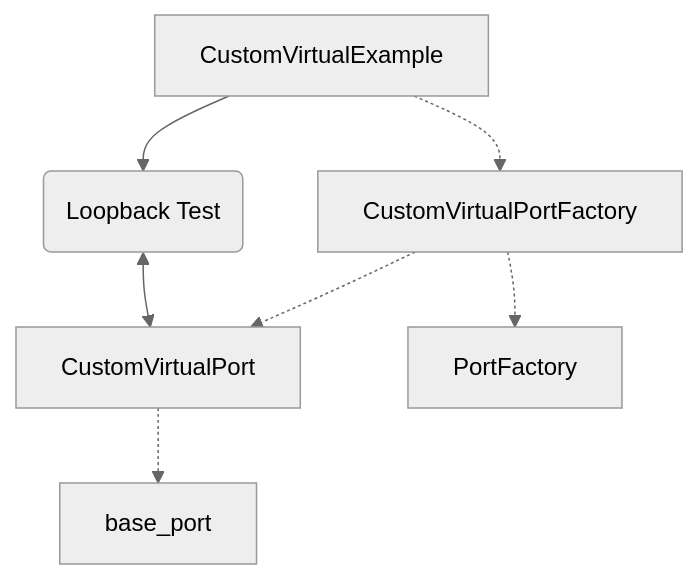
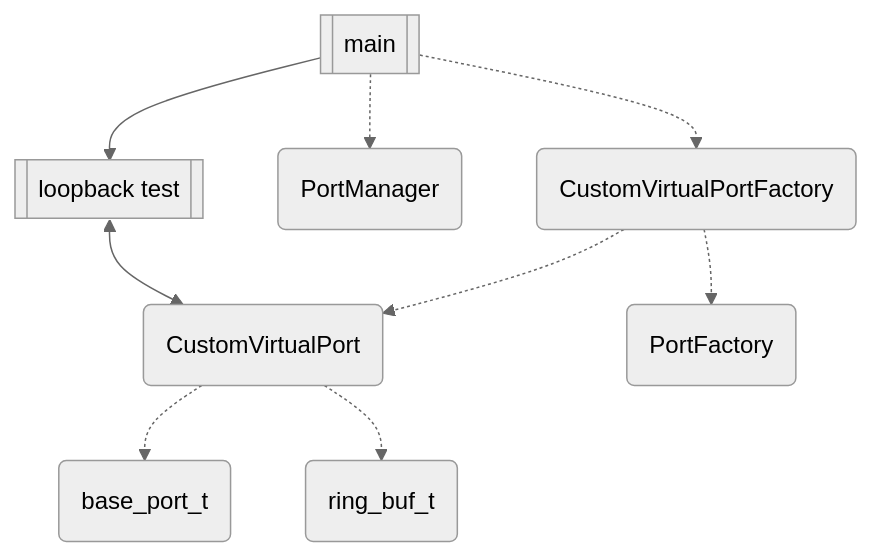
The first of 2 diagrams in ExampleProjects/CustomPort/CustomVirtual/README.md (inertialsense/inertial-sense-sdk), drawn with Mermaid (neutral theme) before and after one commit. The commit also changed other lines of this file and 2 other files, not shown here.

Commit message:
Rename app top file to main; begin updates to README like rearranging sections, update diagrams, remove some terms, etc

````diff
--- a/ExampleProjects/CustomPort/CustomVirtual/README.md
+++ b/ExampleProjects/CustomPort/CustomVirtual/README.md
@@ -38,9 +15,11 @@
 ```mermaid
 graph TD
-    A[CustomVirtualExample] -.-> B[CustomVirtualPortFactory]
-    B[CustomVirtualPortFactory] -.-> C[CustomVirtualPort]
-    C[CustomVirtualPort] -.-> D[base_port]
-    B[CustomVirtualPortFactory] -.-> E[PortFactory]
-    A[CustomVirtualExample] --> F(Loopback Test)
-    F(Loopback Test) <--> C[CustomVirtualPort]
+    A[[main]] -.-> B(CustomVirtualPortFactory)
+    A -.-> H(PortManager)
+    B -.-> C(CustomVirtualPort)
+    C -.-> D(base_port_t)
+    C -.-> G(ring_buf_t)
+    B-.-> E(PortFactory)
+    A --> F[[loopback test]]
+    F <--> C
 ```
````
